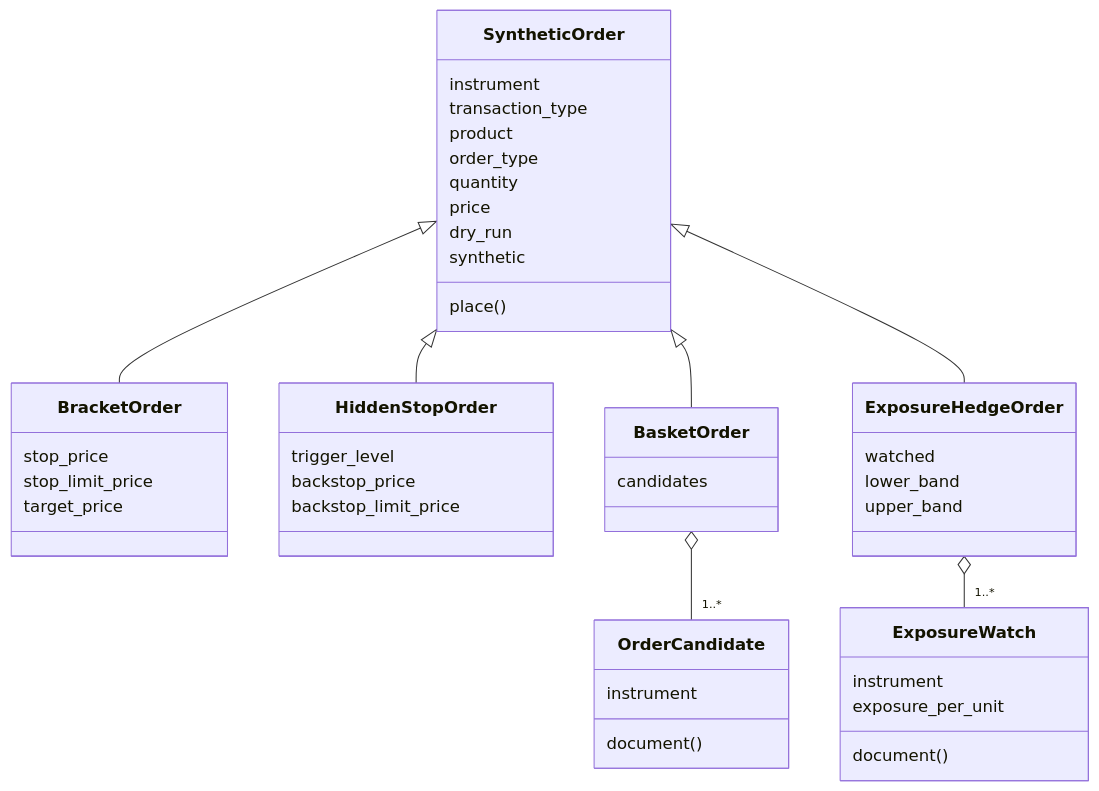
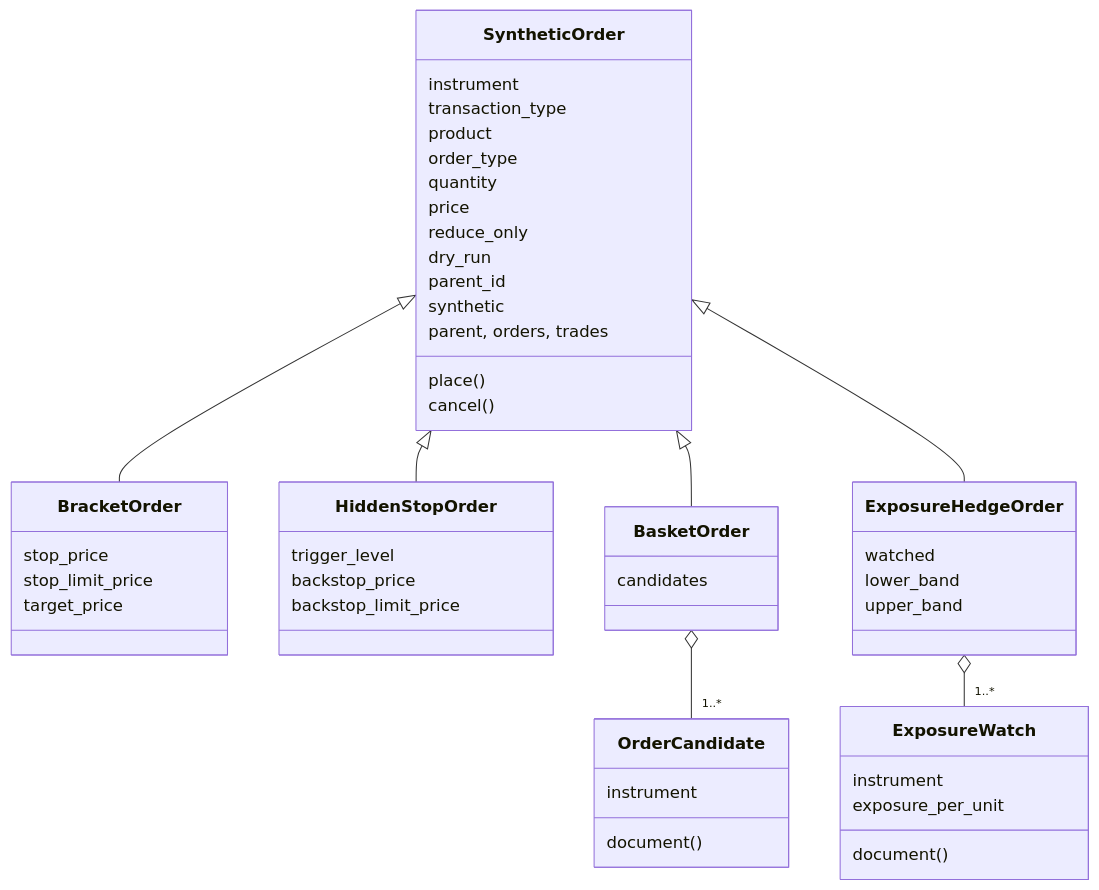
The diagram in docs/python-api/synthetic-orders.md (pramodathani/tradingmachine), drawn with Mermaid before and after one commit. The commit also changed other lines of this file and 29 other files, not shown here.

````diff
--- a/docs/python-api/synthetic-orders.md
+++ b/docs/python-api/synthetic-orders.md
@@ -114,47 +129,51 @@
 ```mermaid
 classDiagram
     class SyntheticOrder {
         instrument
         transaction_type
         product
         order_type
         quantity
         price
+        reduce_only
         dry_run
+        parent_id
         synthetic
         place()
+        cancel()
+        parent, orders, trades
     }
     class BracketOrder {
         stop_price
         stop_limit_price
         target_price
     }
     class HiddenStopOrder {
         trigger_level
         backstop_price
         backstop_limit_price
     }
     class BasketOrder {
         candidates
     }
     class ExposureHedgeOrder {
         watched
         lower_band
         upper_band
     }
     class OrderCandidate {
         instrument
         document()
     }
     class ExposureWatch {
         instrument
         exposure_per_unit
         document()
     }
     SyntheticOrder <|-- BracketOrder
     SyntheticOrder <|-- HiddenStopOrder
     SyntheticOrder <|-- BasketOrder
     SyntheticOrder <|-- ExposureHedgeOrder
     BasketOrder o-- "1..*" OrderCandidate
     ExposureHedgeOrder o-- "1..*" ExposureWatch
 ```
````
